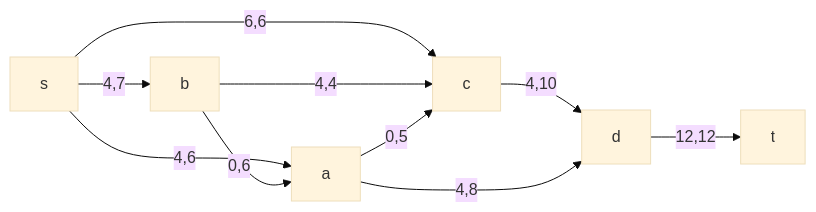
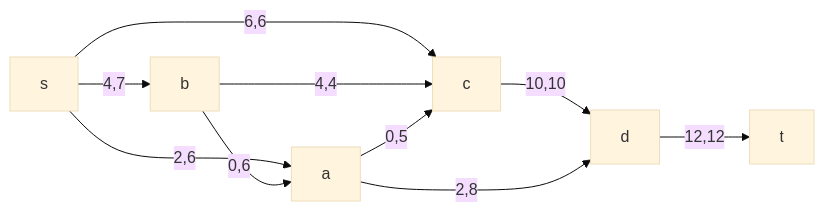
One commit to hse-algo-24-raven/manual-tasks-raven changed diagram 16 of 16 in task-10/tbd_v3.md. Above: the diagram before and after it, drawn with Mermaid (base theme). The commit also changed other lines of this file, not shown here.

````diff
--- a/task-10/tbd_v3.md
+++ b/task-10/tbd_v3.md
@@ -285,12 +285,12 @@
 ```mermaid
 graph LR
-    s-->|4,6|a
+    s-->|2,6|a
     s-->|4,7|b
     s-->|6,6|c
     b-->|0,6|a
     b-->|4,4|c
-    c-->|4,10|d
+    c-->|10,10|d
     a-->|0,5|c
-    a-->|4,8|d
+    a-->|2,8|d
     d-->|12,12|t
 ```
````
